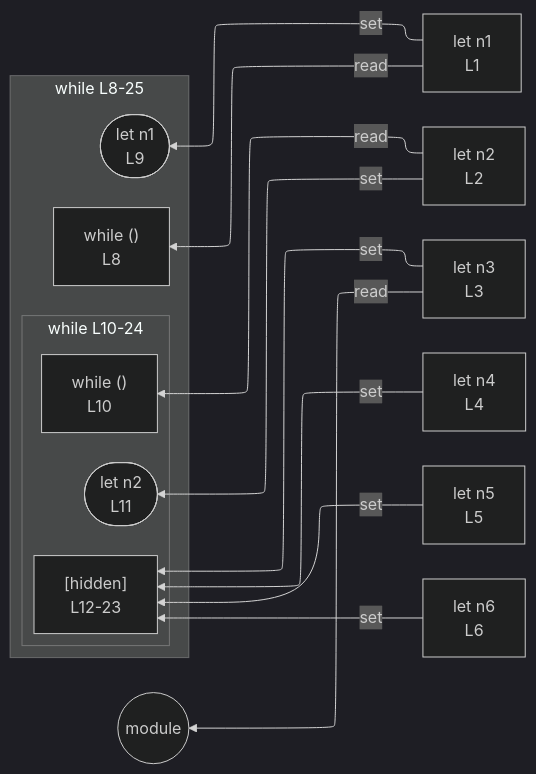
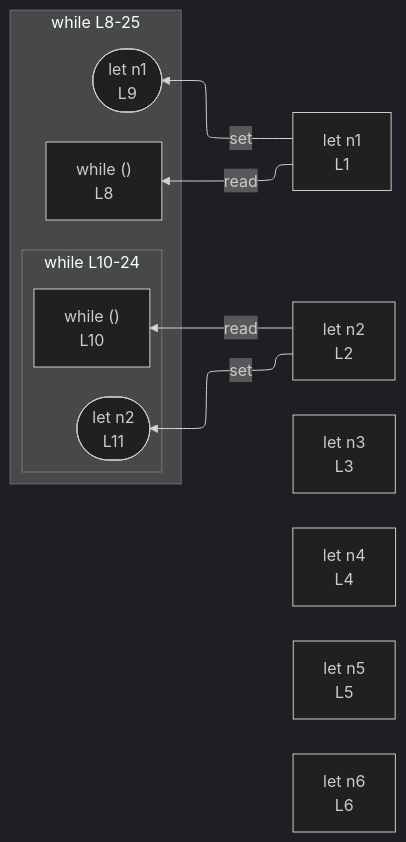
The diagram in integration/fixtures/app-behavior/depth/while/depth-2/preview.md (crescware/unsnarl), drawn with Mermaid (dark theme) before and after one commit. The commit also changed 96 other files, not shown here.

````diff
--- a/integration/fixtures/app-behavior/depth/while/depth-2/preview.md
+++ b/integration/fixtures/app-behavior/depth/while/depth-2/preview.md
@@ -35,31 +35,24 @@
 ```mermaid
 %%{init: {"flowchart": {"defaultRenderer": "elk"}}}%%
 flowchart RL
   n_scope_0_n1_4["let n1<br/>L1"]
   n_scope_0_n2_16["let n2<br/>L2"]
   n_scope_0_n3_28["let n3<br/>L3"]
   n_scope_0_n4_40["let n4<br/>L4"]
   n_scope_0_n5_52["let n5<br/>L5"]
   n_scope_0_n6_64["let n6<br/>L6"]
   subgraph s_scope_1["while L8-25"]
     direction RL
     while_test_scope_0_73["while ()<br/>L8"]
     wr_ref_7(["let n1<br/>L9"])
     subgraph s_scope_2["while L10-24"]
       direction RL
       while_test_scope_1_100["while ()<br/>L10"]
       wr_ref_9(["let n2<br/>L11"])
-      collapsed_scope_3["[hidden]<br/>L12-23"]
     end
   end
   n_scope_0_n1_4 -->|set| wr_ref_7
   n_scope_0_n2_16 -->|set| wr_ref_9
-  n_scope_0_n3_28 -->|set| collapsed_scope_3
-  n_scope_0_n4_40 -->|set| collapsed_scope_3
-  n_scope_0_n5_52 -->|set| collapsed_scope_3
-  n_scope_0_n6_64 -->|set| collapsed_scope_3
   n_scope_0_n1_4 -->|read| while_test_scope_0_73
   n_scope_0_n2_16 -->|read| while_test_scope_1_100
-  n_scope_0_n3_28 -->|read| module_root
-  module_root((module))
 ```
````
